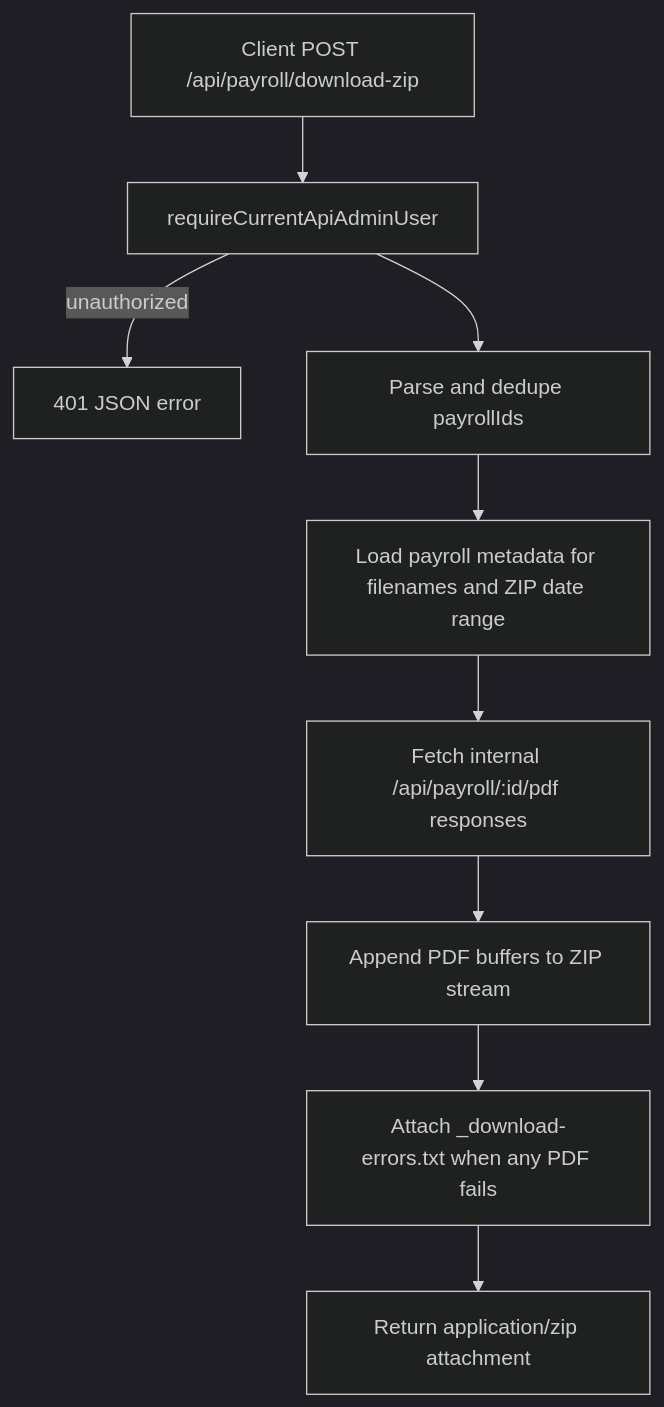
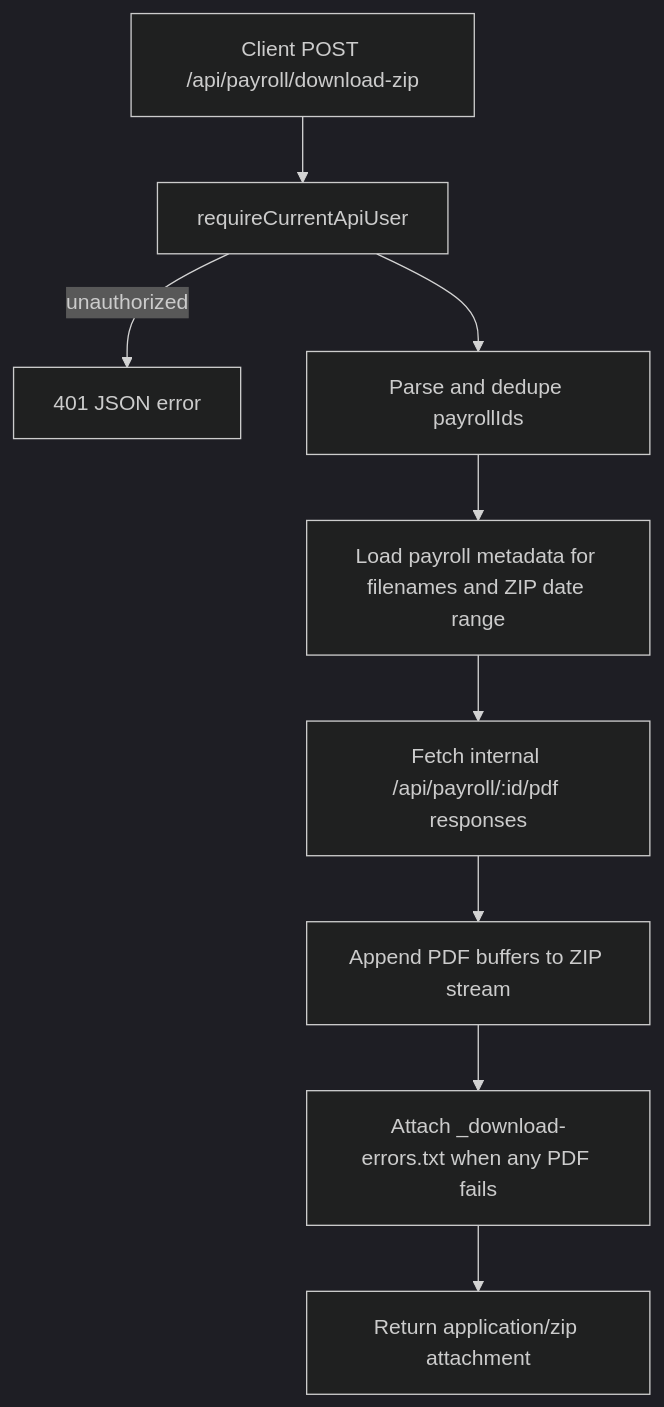
The fifth of 5 diagrams in .codex/docs/api-workflows.md (daniellim922/One-Laundry-Project-Alpha-v1), drawn with Mermaid (dark theme) before and after one commit. The commit also changed other lines of this file and 73 other files, not shown here.

First line of the commit message:
refactor: update authentication flow and documentation

````diff
--- a/.codex/docs/api-workflows.md
+++ b/.codex/docs/api-workflows.md
@@ -90,11 +90,11 @@
 ```mermaid
 flowchart TD
-    A[Client POST /api/payroll/download-zip] --> B[requireCurrentApiAdminUser]
+    A[Client POST /api/payroll/download-zip] --> B[requireCurrentApiUser]
     B -->|unauthorized| X[401 JSON error]
     B --> C[Parse and dedupe payrollIds]
     C --> D[Load payroll metadata for filenames and ZIP date range]
     D --> E[Fetch internal /api/payroll/:id/pdf responses]
     E --> F[Append PDF buffers to ZIP stream]
     F --> G[Attach _download-errors.txt when any PDF fails]
     G --> H[Return application/zip attachment]
 ```
````
